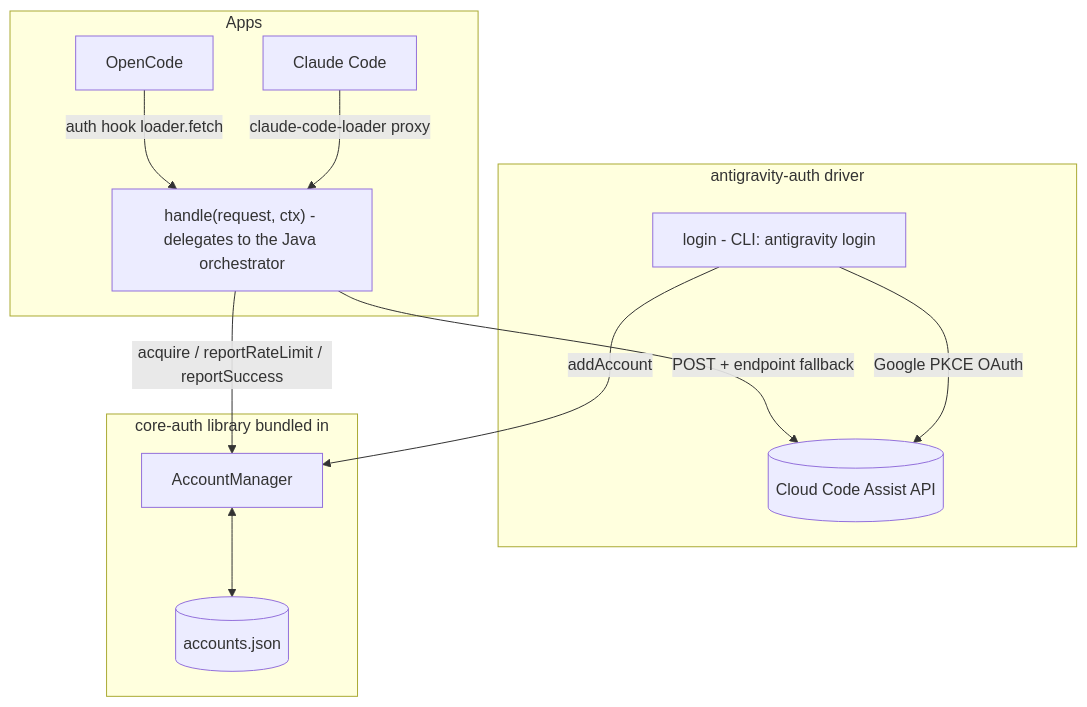
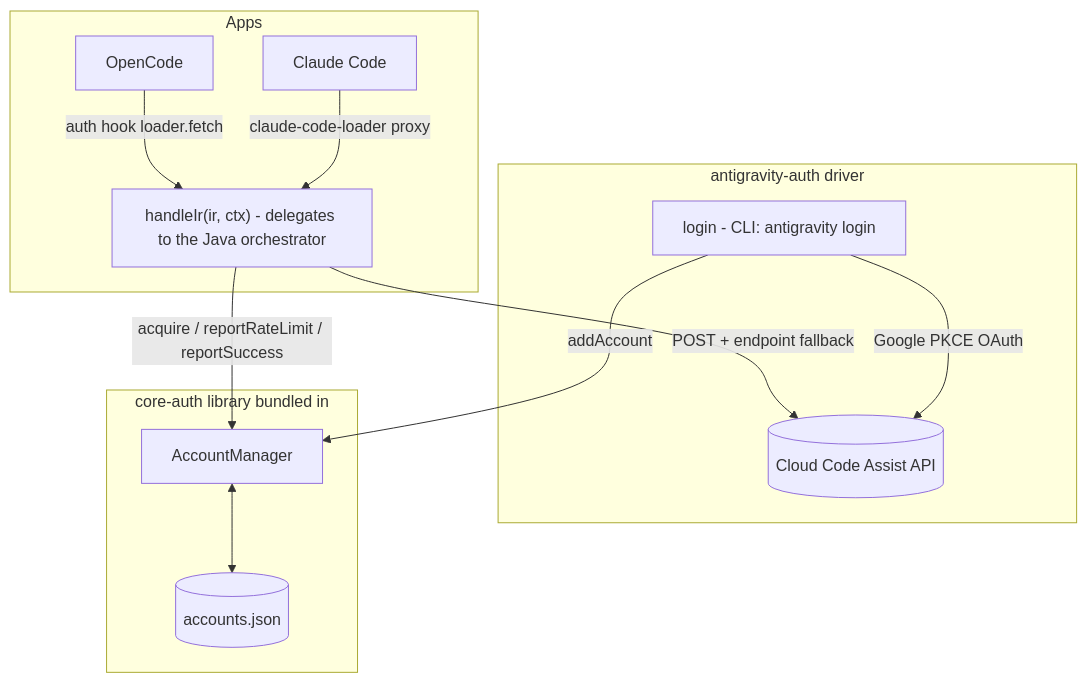
Before and after one commit to intisy-ai/antigravity-auth: the diagram in README.md, drawn with Mermaid. The commit also changed other lines of this file and 11 other files, not shown here.

````diff
--- a/README.md
+++ b/README.md
@@ -11,23 +11,23 @@
 ```mermaid
 flowchart TD
     subgraph Apps
         OC[OpenCode] -->|auth hook loader.fetch| HANDLE
         CC[Claude Code] -->|claude-code-loader proxy| HANDLE
     end
 
     subgraph Driver [antigravity-auth driver]
-        HANDLE["handle(request, ctx) - delegates to the Java orchestrator"]
+        HANDLE["handleIr(ir, ctx) - delegates to the Java orchestrator"]
         LOGIN["login - CLI: antigravity login"]
         HANDLE -->|POST + endpoint fallback| GOOGLE[(Cloud Code Assist API)]
         LOGIN -->|Google PKCE OAuth| GOOGLE
     end
 
     subgraph Core [core-auth library bundled in]
         MGR[AccountManager]
         STORE[(accounts.json)]
         MGR <--> STORE
     end
 
     HANDLE -->|acquire / reportRateLimit / reportSuccess| MGR
     LOGIN -->|addAccount| MGR
 ```
````
